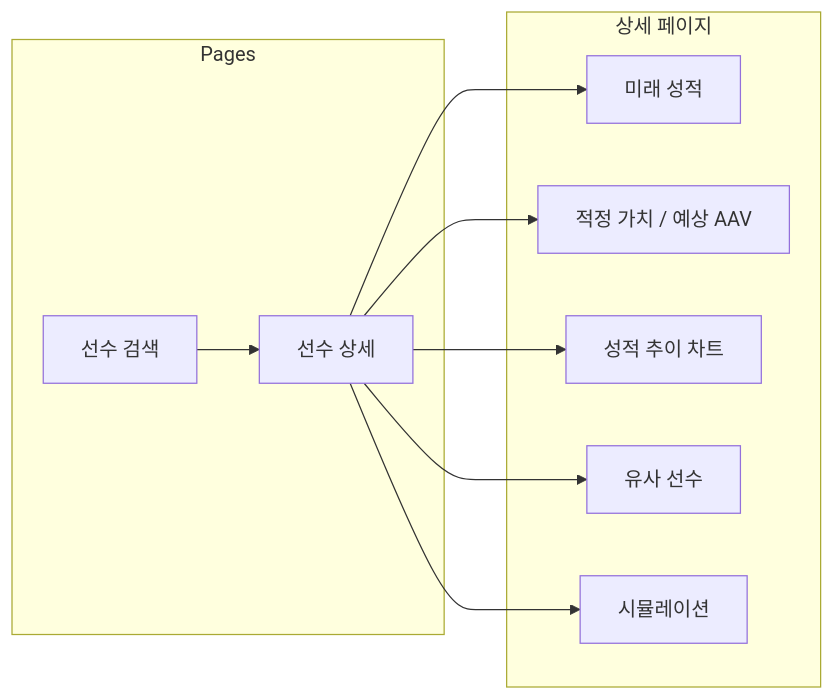
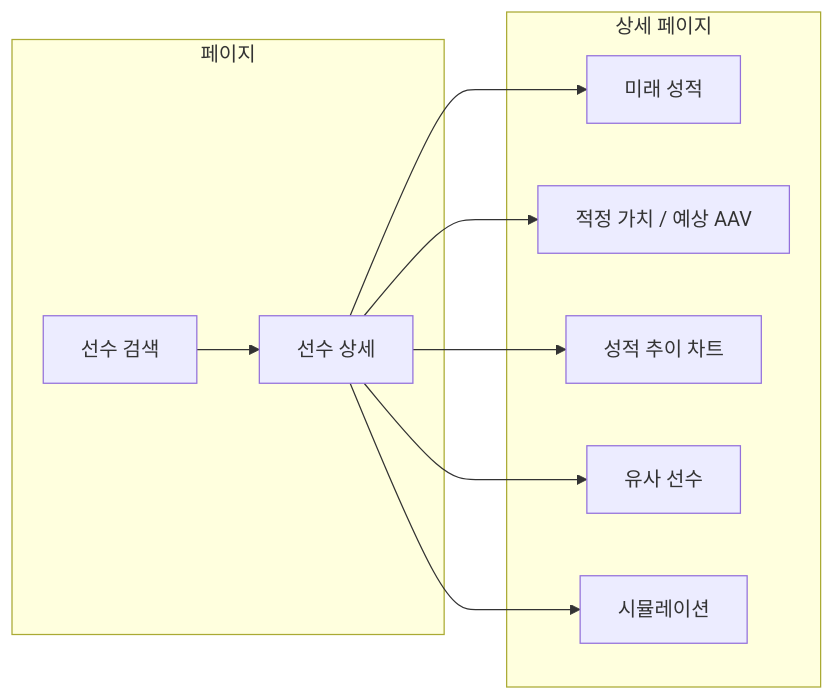
Before and after one commit to yechuk/backend: the sixth of 6 diagrams in ARCHITECTURE_TOBE.md, drawn with Mermaid. The commit also changed other lines of this file and 1 other file, not shown here.

````diff
--- a/ARCHITECTURE_TOBE.md
+++ b/ARCHITECTURE_TOBE.md
@@ -373,22 +386,22 @@
 ```mermaid
 flowchart LR
-    subgraph pages [Pages]
+    subgraph pages [페이지]
         Search[선수 검색]
         Detail[선수 상세]
     end
     
     subgraph detail [상세 페이지]
         Future[미래 성적]
         Value[적정 가치 / 예상 AAV]
         Chart[성적 추이 차트]
         Similar[유사 선수]
         Sim[시뮬레이션]
     end
     
     Search --> Detail
     Detail --> Future
     Detail --> Value
     Detail --> Chart
     Detail --> Similar
     Detail --> Sim
 ```
````
